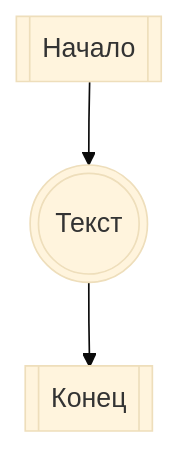
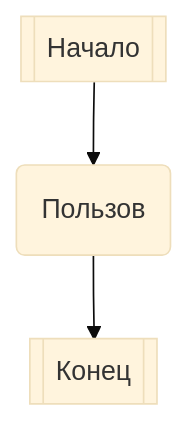
The diagram in all/не называться-1.md (obsmotpk/iodraw-files), drawn with Mermaid (base theme) before and after one commit.

Commit message:
2024-12-10 19:23:25 update

````diff
--- a/all/не называться-1.md
+++ b/all/не называться-1.md
@@ -1,6 +1,6 @@
 ```mermaid
 flowchart TD
     id1[[Начало]] --> 
-    id2(((Текст))) -->
+    id2(Пользов) -->
     id100[[Конец]]
 ```
````
